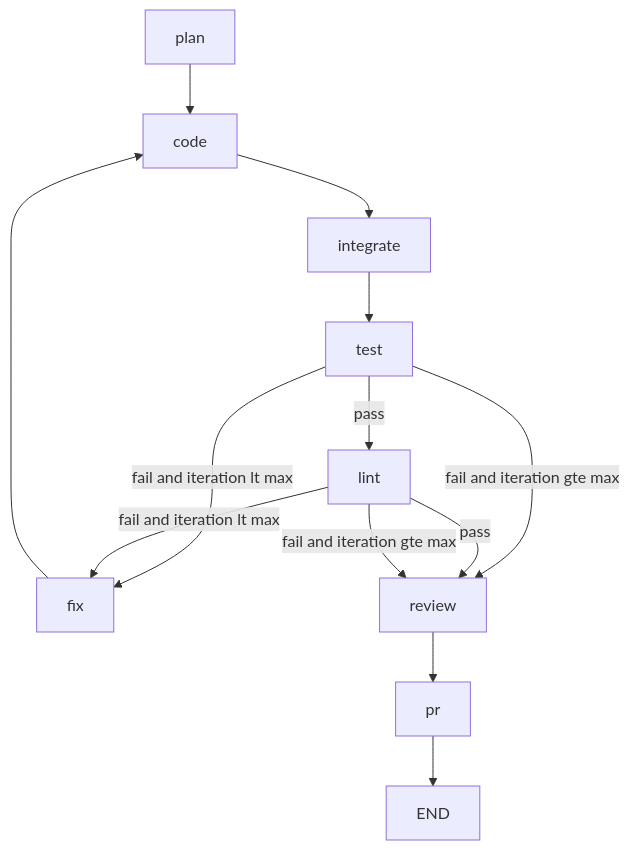
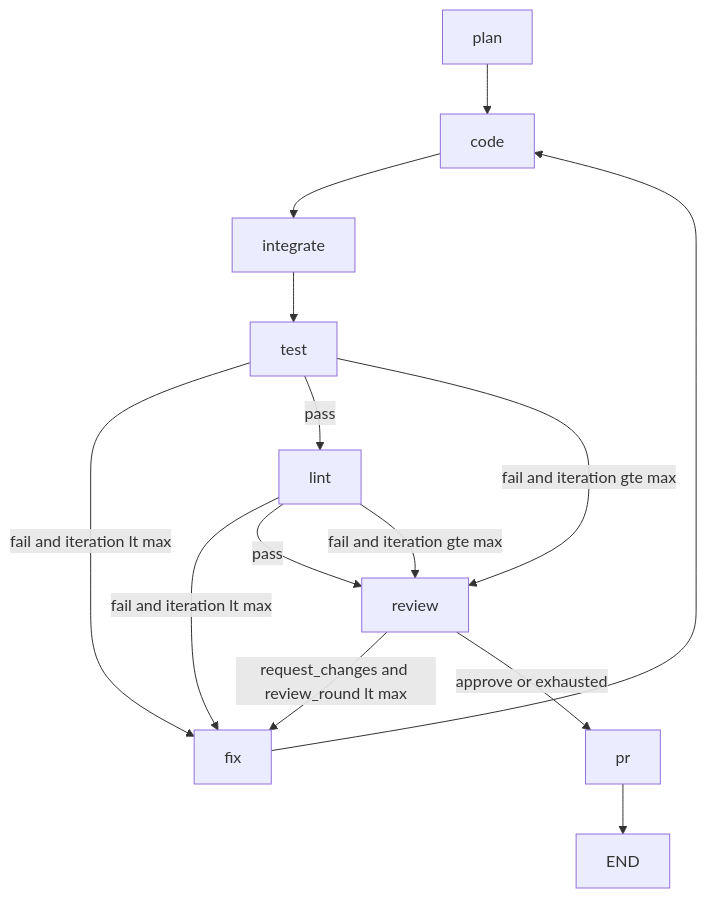
Before and after one commit to DarshanCode2005/Go-PR-Bot: the second of 3 diagrams in docs/ARCHITECTURE.md, drawn with Mermaid. The commit also changed other lines of this file and 13 other files, not shown here.

````diff
--- a/docs/ARCHITECTURE.md
+++ b/docs/ARCHITECTURE.md
@@ -161,15 +161,16 @@
 ```mermaid
 flowchart TB
   plan --> code
   code --> integrate
   integrate --> test
   test -->|"fail and iteration lt max"| fix
   test -->|pass| lint
   test -->|"fail and iteration gte max"| review
   lint -->|"fail and iteration lt max"| fix
   lint -->|pass| review
   lint -->|"fail and iteration gte max"| review
   fix --> code
-  review --> pr
+  review -->|"request_changes and review_round lt max"| fix
+  review -->|approve or exhausted| pr
   pr --> endNode["END"]
 ```
````
